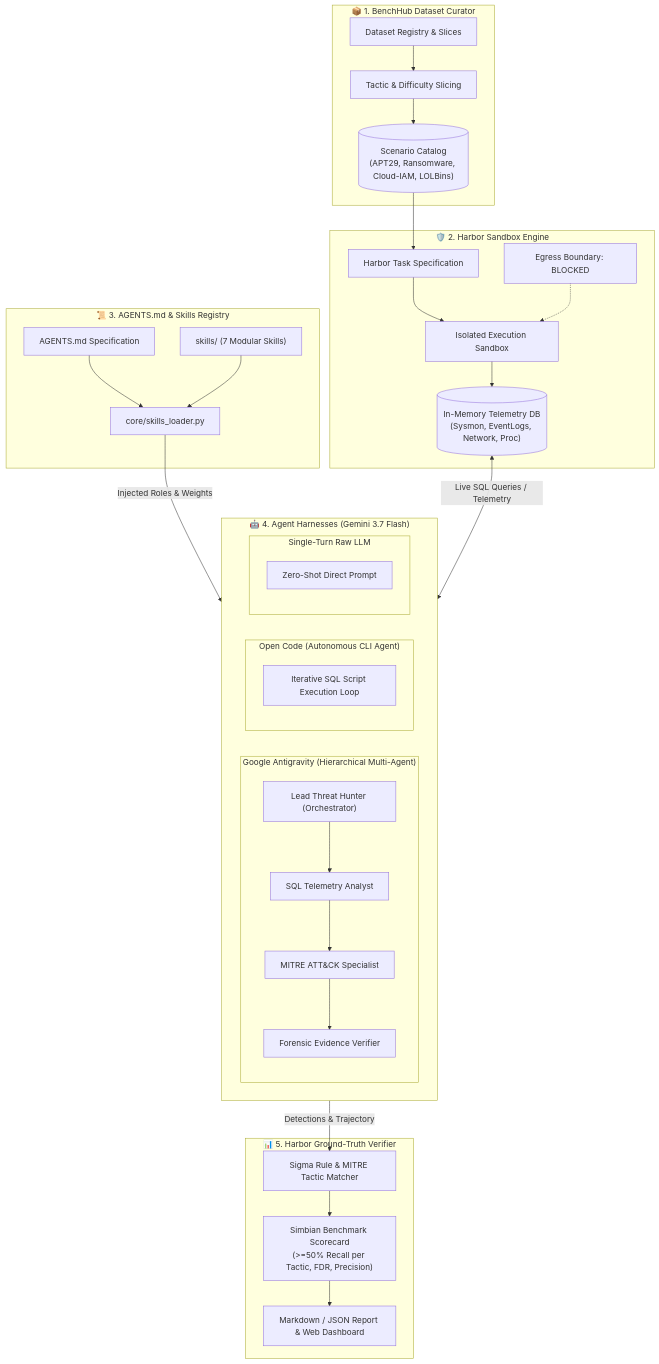
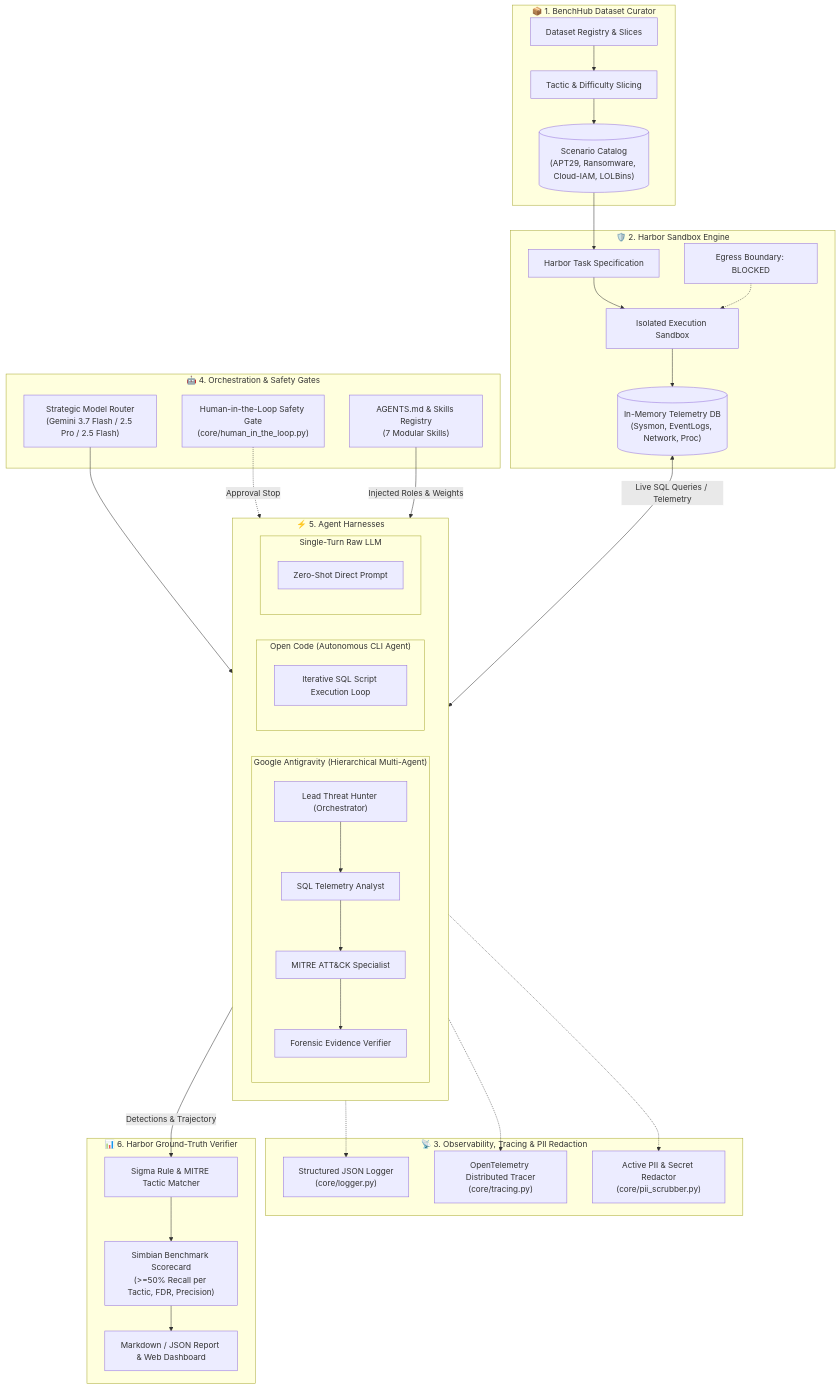
One commit to tonyruizGCP/demo-factory changed the diagram in demos/simbian-cyber-defense-eval/README.md. Above: the diagram before and after it, drawn with Mermaid. The commit also changed other lines of this file and 22 other files, not shown here.

Commit message:
feat(demos): update simbian cyber defense eval with OpenTelemetry, PII scrubbing, Model Router, HITL, and Terraform IaC

````diff
--- a/demos/simbian-cyber-defense-eval/README.md
+++ b/demos/simbian-cyber-defense-eval/README.md
@@ -21,54 +28,63 @@
 ```mermaid
 flowchart TD
     subgraph BenchHub["📦 1. BenchHub Dataset Curator"]
         BH_Reg["Dataset Registry & Slices"]
         BH_Filter["Tactic & Difficulty Slicing"]
         BH_Scenarios[("Scenario Catalog\n(APT29, Ransomware, Cloud-IAM, LOLBins)")]
         BH_Reg --> BH_Filter --> BH_Scenarios
     end
 
     subgraph Harbor["🛡️ 2. Harbor Sandbox Engine"]
         HB_Spec["Harbor Task Specification"]
         HB_Box["Isolated Execution Sandbox"]
         HB_DB[("In-Memory Telemetry DB\n(Sysmon, EventLogs, Network, Proc)")]
         HB_Policy["Egress Boundary: BLOCKED"]
         HB_Spec --> HB_Box --> HB_DB
         HB_Policy -.-> HB_Box
     end
 
-    subgraph SkillsEngine["📜 3. AGENTS.md & Skills Registry"]
-        AG_MD["AGENTS.md Specification"]
-        SK_Dir["skills/ (7 Modular Skills)"]
-        SK_Load["core/skills_loader.py"]
-        AG_MD --> SK_Load
-        SK_Dir --> SK_Load
+    subgraph Observability["📡 3. Observability, Tracing & PII Redaction"]
+        OB_Log["Structured JSON Logger\n(core/logger.py)"]
+        OB_Trace["OpenTelemetry Distributed Tracer\n(core/tracing.py)"]
+        OB_PII["Active PII & Secret Redactor\n(core/pii_scrubber.py)"]
     end
 
-    subgraph AgentHarnesses["🤖 4. Agent Harnesses (Gemini 3.7 Flash)"]
+    subgraph Orchestration["🤖 4. Orchestration & Safety Gates"]
+        MR_Route["Strategic Model Router\n(Gemini 3.7 Flash / 2.5 Pro / 2.5 Flash)"]
+        HITL_Gate["Human-in-the-Loop Safety Gate\n(core/human_in_the_loop.py)"]
+        SK_Engine["AGENTS.md & Skills Registry\n(7 Modular Skills)"]
+    end
+
+    subgraph AgentHarnesses["⚡ 5. Agent Harnesses"]
         subgraph Antigravity["Google Antigravity (Hierarchical Multi-Agent)"]
             AG_Lead["Lead Threat Hunter (Orchestrator)"]
             AG_SQL["SQL Telemetry Analyst"]
             AG_Mitre["MITRE ATT&CK Specialist"]
             AG_Ver["Forensic Evidence Verifier"]
             AG_Lead --> AG_SQL --> AG_Mitre --> AG_Ver
         end
         subgraph OpenCode["Open Code (Autonomous CLI Agent)"]
             OC_Loop["Iterative SQL Script Execution Loop"]
         end
         subgraph Baseline["Single-Turn Raw LLM"]
             BL_Prompt["Zero-Shot Direct Prompt"]
         end
     end
 
-    subgraph Verifier["📊 5. Harbor Ground-Truth Verifier"]
+    subgraph Verifier["📊 6. Harbor Ground-Truth Verifier"]
         V_Match["Sigma Rule & MITRE Tactic Matcher"]
         V_Metrics["Simbian Benchmark Scorecard\n(>=50% Recall per Tactic, FDR, Precision)"]
         V_Report["Markdown / JSON Report & Web Dashboard"]
         V_Match --> V_Metrics --> V_Report
     end
 
     BH_Scenarios --> HB_Spec
-    SK_Load -->|Injected Roles & Weights| AgentHarnesses
+    MR_Route --> AgentHarnesses
+    HITL_Gate -.->|Approval Stop| AgentHarnesses
+    SK_Engine -->|Injected Roles & Weights| AgentHarnesses
     HB_DB <-->|Live SQL Queries / Telemetry| AgentHarnesses
     AgentHarnesses -->|Detections & Trajectory| V_Match
+    AgentHarnesses -.-> OB_Trace
+    AgentHarnesses -.-> OB_Log
+    AgentHarnesses -.-> OB_PII
 ```
````
